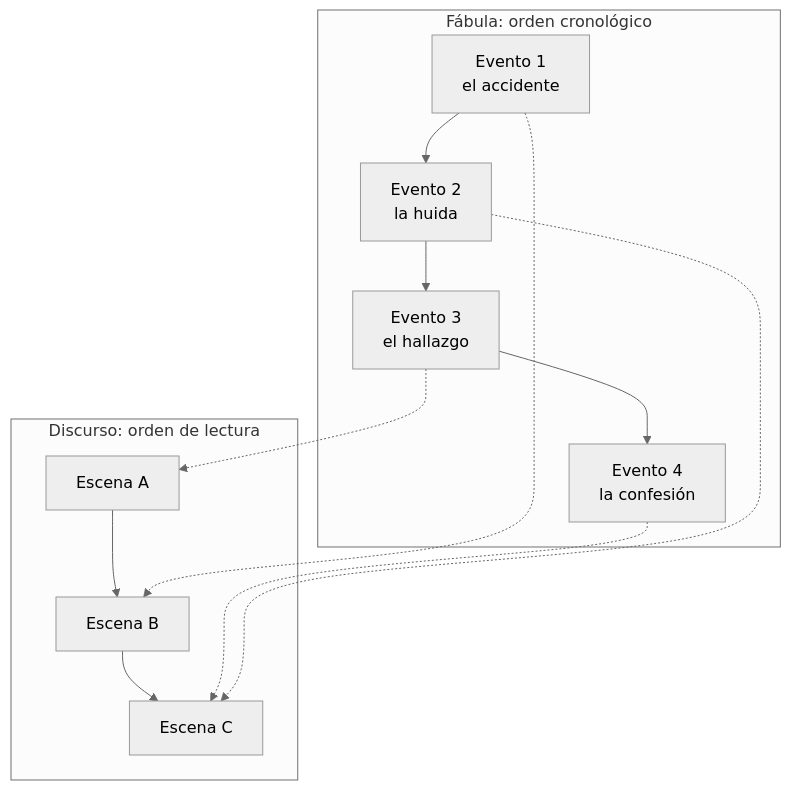
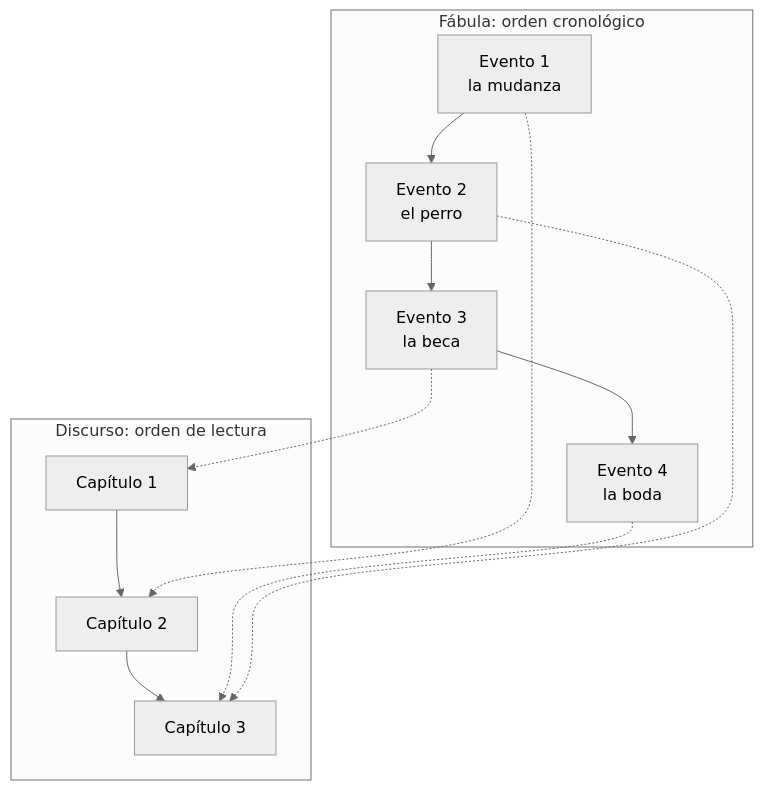
One commit to BrunoCrz3/MyStory changed the seventh of 21 diagrams in docs/domain-knowledge.md. Above: the diagram before and after it, drawn with Mermaid (neutral theme). The commit also changed other lines of this file and 5 other files, not shown here.

````diff
--- a/docs/domain-knowledge.md
+++ b/docs/domain-knowledge.md
@@ -175,16 +136,16 @@
 ```mermaid
 flowchart TD
   subgraph FAB[Fábula: orden cronológico]
-    E1[Evento 1<br/>el accidente] --> E2[Evento 2<br/>la huida]
-    E2 --> E3[Evento 3<br/>el hallazgo]
-    E3 --> E4[Evento 4<br/>la confesión]
+    E1[Evento 1<br/>la mudanza] --> E2[Evento 2<br/>el perro]
+    E2 --> E3[Evento 3<br/>la beca]
+    E3 --> E4[Evento 4<br/>la boda]
   end
   subgraph DIS[Discurso: orden de lectura]
-    S1[Escena A] --> S2[Escena B]
-    S2 --> S3[Escena C]
+    C1[Capítulo 1] --> C2[Capítulo 2]
+    C2 --> C3[Capítulo 3]
   end
-  E3 -.-> S1
-  E1 -.-> S2
-  E4 -.-> S3
-  E2 -.-> S3
+  E3 -.-> C1
+  E1 -.-> C2
+  E4 -.-> C3
+  E2 -.-> C3
 ```
````
